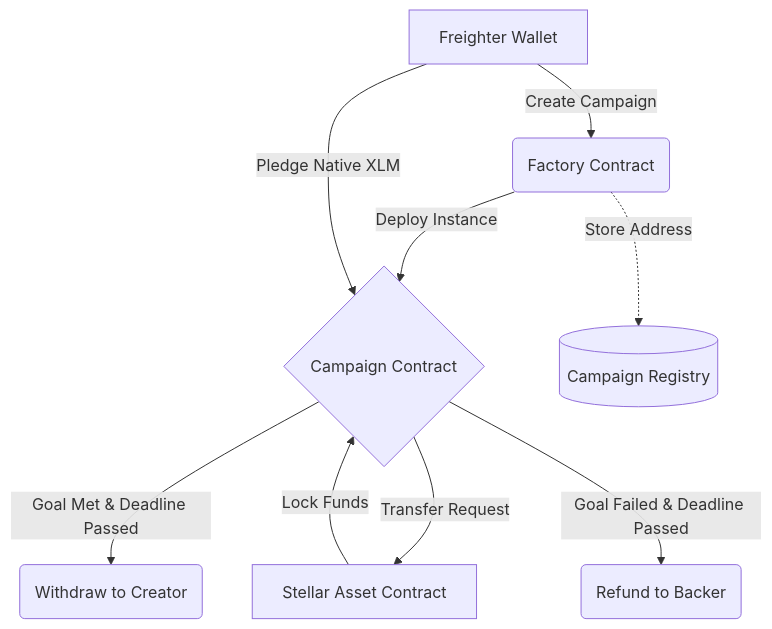
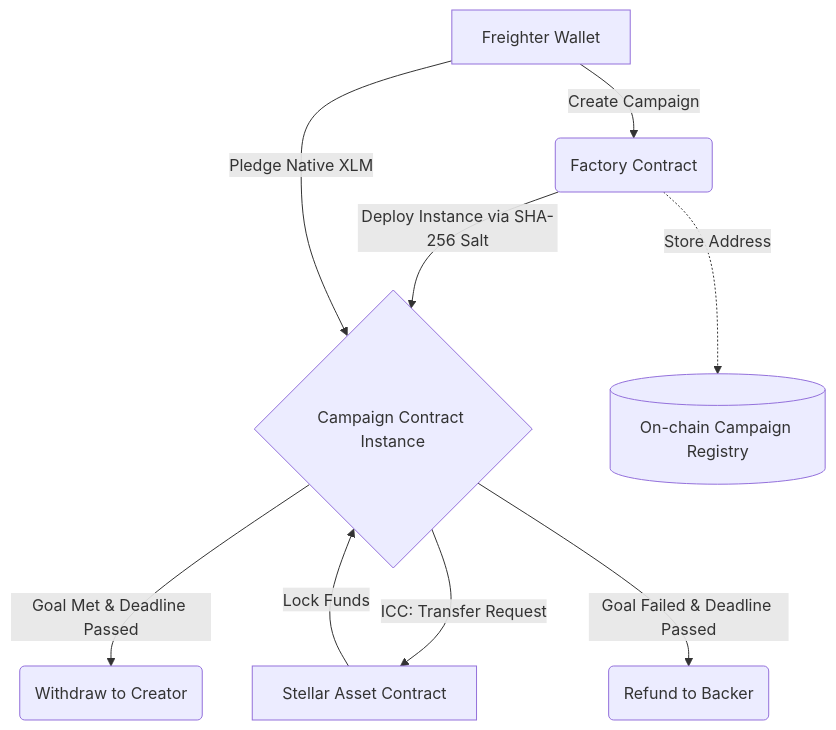
One commit to suurajku-ux/PledgeVaultS changed the diagram in README.md. Above: the diagram before and after it, drawn with Mermaid. The commit also changed other lines of this file, not shown here.

````diff
--- a/README.md
+++ b/README.md
@@ -22,13 +16,13 @@
 ```mermaid
 graph TD
     A[Freighter Wallet] -->|Create Campaign| B(Factory Contract)
-    B -->|Deploy Instance| C{Campaign Contract}
-    B -.->|Store Address| D[(Campaign Registry)]
+    B -->|Deploy Instance via SHA-256 Salt| C{Campaign Contract Instance}
+    B -.->|Store Address| D[(On-chain Campaign Registry)]
     
     A -->|Pledge Native XLM| C
-    C -->|Transfer Request| E[Stellar Asset Contract]
+    C -->|ICC: Transfer Request| E[Stellar Asset Contract]
     E -->|Lock Funds| C
     
     C -->|Goal Met & Deadline Passed| F(Withdraw to Creator)
     C -->|Goal Failed & Deadline Passed| G(Refund to Backer)
 ```
````
